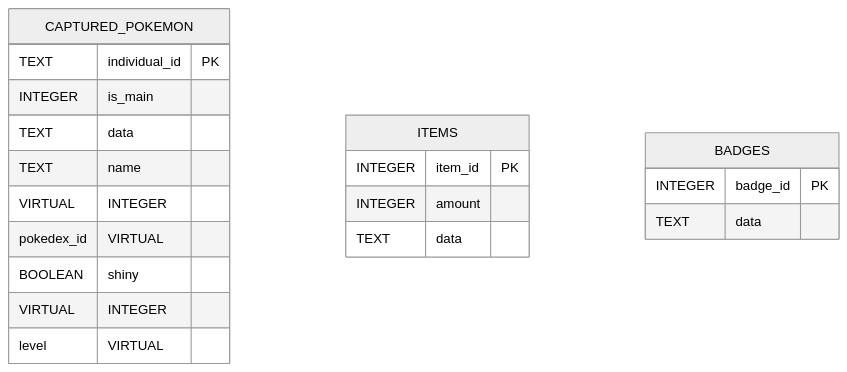
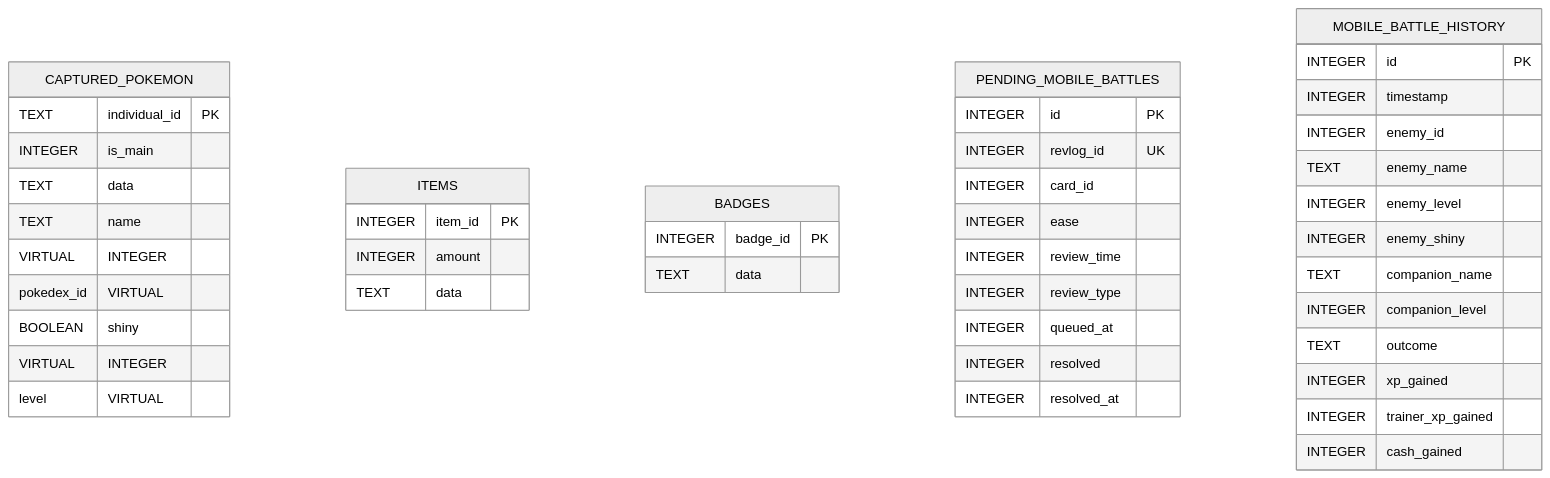
One commit to JadonKJones/ankimon changed the diagram in repository-analysis/16-data-models-and-schemas.md. Above: the diagram before and after it, drawn with Mermaid (neutral theme). The commit also changed other lines of this file and 53 other files, not shown here.

````diff
--- a/repository-analysis/16-data-models-and-schemas.md
+++ b/repository-analysis/16-data-models-and-schemas.md
@@ -35,21 +35,46 @@
 ```mermaid
 erDiagram
     CAPTURED_POKEMON {
         TEXT individual_id PK
         INTEGER is_main
         TEXT data
         TEXT name VIRTUAL
         INTEGER pokedex_id VIRTUAL
         BOOLEAN shiny VIRTUAL
         INTEGER level VIRTUAL
     }
     ITEMS {
         INTEGER item_id PK
         INTEGER amount
         TEXT data
     }
     BADGES {
         INTEGER badge_id PK
         TEXT data
     }
+    PENDING_MOBILE_BATTLES {
+        INTEGER id PK
+        INTEGER revlog_id UK
+        INTEGER card_id
+        INTEGER ease
+        INTEGER review_time
+        INTEGER review_type
+        INTEGER queued_at
+        INTEGER resolved
+        INTEGER resolved_at
+    }
+    MOBILE_BATTLE_HISTORY {
+        INTEGER id PK
+        INTEGER timestamp
+        INTEGER enemy_id
+        TEXT enemy_name
+        INTEGER enemy_level
+        INTEGER enemy_shiny
+        TEXT companion_name
+        INTEGER companion_level
+        TEXT outcome
+        INTEGER xp_gained
+        INTEGER trainer_xp_gained
+        INTEGER cash_gained
+    }
 ```
````
